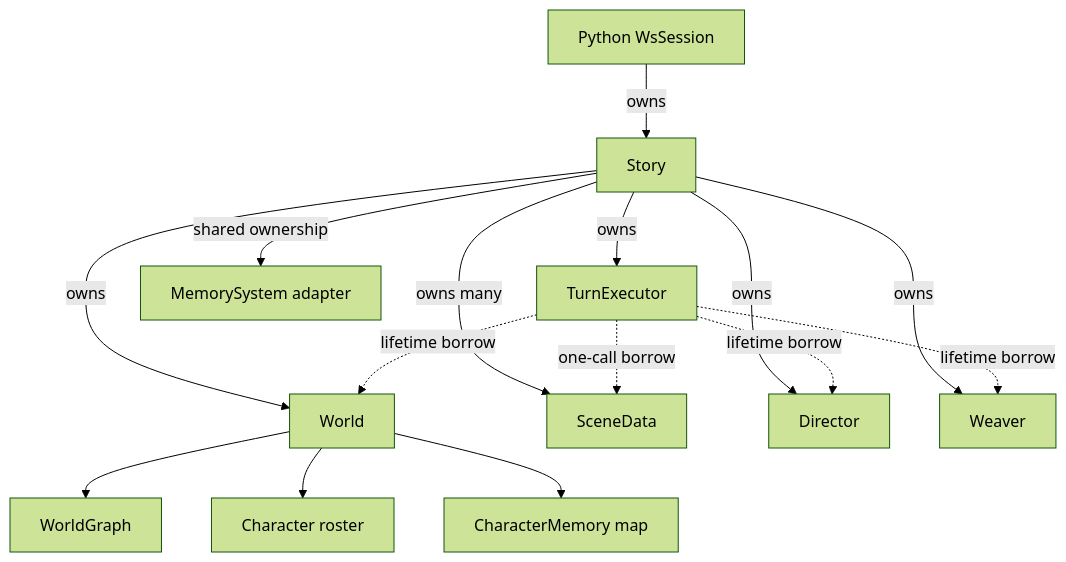
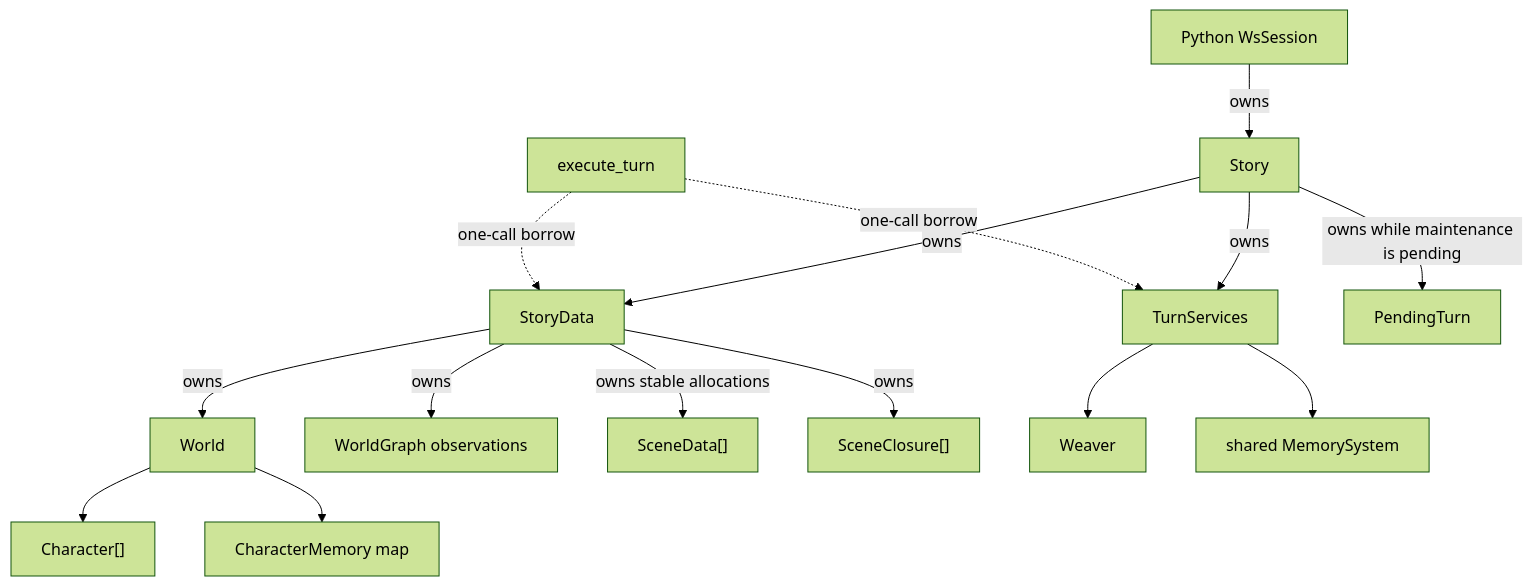
One commit to JiangWZW/Rhapsode changed the diagram in wiki/architecture/cpp-data-model.md. Above: the diagram before and after it, drawn with Mermaid (forest theme). The commit also changed other lines of this file and 109 other files, not shown here.

````diff
--- a/wiki/architecture/cpp-data-model.md
+++ b/wiki/architecture/cpp-data-model.md
@@ -31,17 +36,17 @@
 ```mermaid
 flowchart TD
-    Session["Python WsSession"] -->|owns| Story
-    Story -->|owns| World
-    Story -->|owns many| SceneData
-    Story -->|owns| Director
-    Story -->|owns| Weaver
-    Story -->|owns| Executor["TurnExecutor"]
-    Story -->|shared ownership| Memory["MemorySystem adapter"]
-    Executor -.->|lifetime borrow| World
-    Executor -.->|lifetime borrow| Director
-    Executor -.->|lifetime borrow| Weaver
-    Executor -.->|one-call borrow| SceneData
-    World --> Graph["WorldGraph"]
-    World --> Roster["Character roster"]
+    Session["Python WsSession"] -->|"owns"| Story
+    Story -->|"owns"| Data["StoryData"]
+    Story -->|"owns"| Services["TurnServices"]
+    Story -->|"owns while maintenance is pending"| Pending["PendingTurn"]
+    Data -->|"owns"| World
+    Data -->|"owns"| Observations["WorldGraph observations"]
+    Data -->|"owns stable allocations"| Scenes["SceneData[]"]
+    Data -->|"owns"| Closures["SceneClosure[]"]
+    World --> Roster["Character[]"]
     World --> Minds["CharacterMemory map"]
+    Services --> Weaver
+    Services --> Memory["shared MemorySystem"]
+    Execute["execute_turn"] -.->|"one-call borrow"| Data
+    Execute -.->|"one-call borrow"| Services
 ```
````
